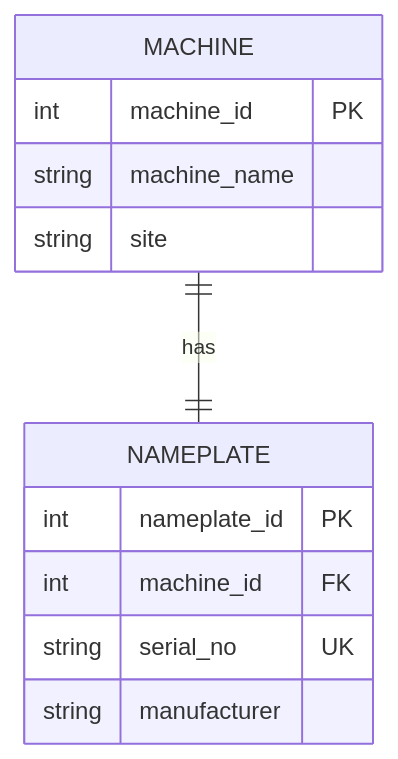
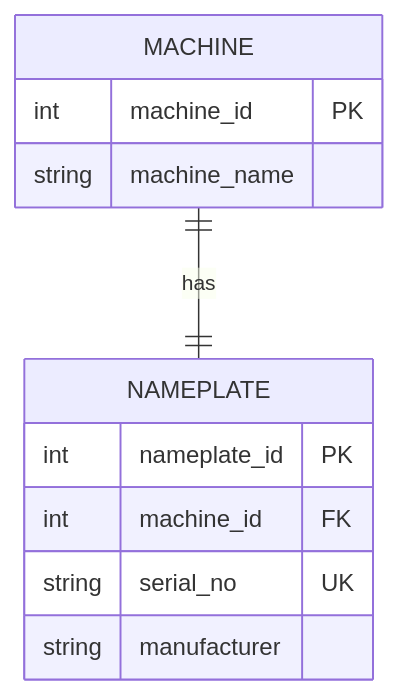
Before and after one commit to LyonTadz/databases-portfolio: the first of 4 diagrams in module-02/study-log.md, drawn with Mermaid. The commit also changed other lines of this file, not shown here.

````diff
--- a/module-02/study-log.md
+++ b/module-02/study-log.md
@@ -120,15 +114,14 @@
 ```mermaid
 erDiagram
     MACHINE ||--|| NAMEPLATE : has
     MACHINE {
         int machine_id PK
         string machine_name
-        string site
     }
     NAMEPLATE {
         int nameplate_id PK
         int machine_id FK
         string serial_no UK
         string manufacturer
     }
 ```
````
